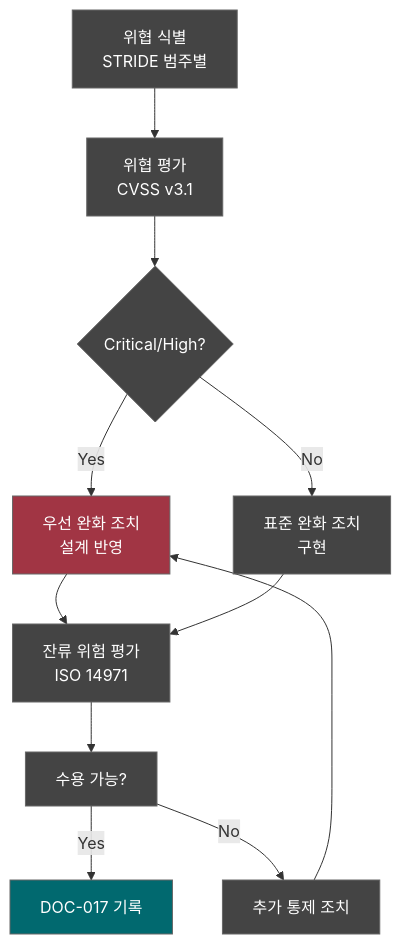
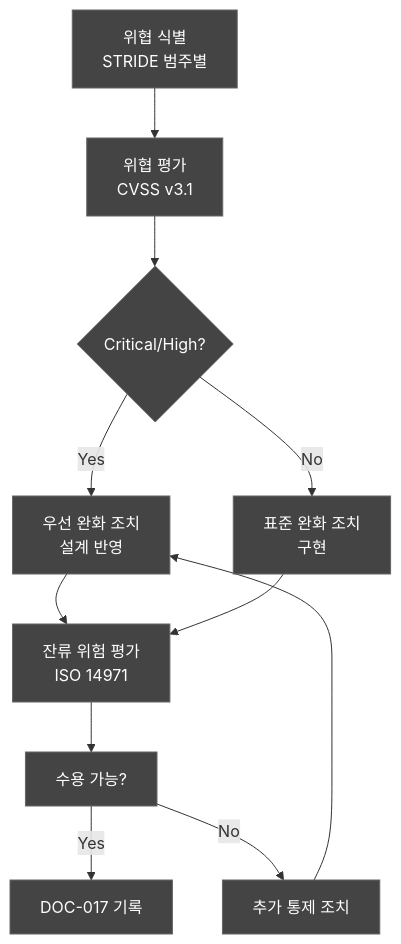
One commit to holee9/console-gui changed the second of 3 diagrams in docs/regulatory/DOC-036_510k_eSTAR_v2.0.md. Above: the diagram before and after it, drawn with Mermaid. The commit also changed other lines of this file and 35 other files, not shown here.

First line of the commit message:
fix: 전체 Mermaid 차트 색상 진한 회색 통일

````diff
--- a/docs/regulatory/DOC-036_510k_eSTAR_v2.0.md
+++ b/docs/regulatory/DOC-036_510k_eSTAR_v2.0.md
@@ -130,17 +130,17 @@
 ```mermaid
 flowchart TD
     A[위협 식별<br/>STRIDE 범주별] --> B[위협 평가<br/>CVSS v3.1]
     B --> C{Critical/High?}
     C -->|Yes| D[우선 완화 조치<br/>설계 반영]
     C -->|No| E[표준 완화 조치<br/>구현]
     D --> F[잔류 위험 평가<br/>ISO 14971]
     E --> F
     F --> G[수용 가능?]
     G -->|Yes| H[DOC-017 기록]
     G -->|No| I[추가 통제 조치]
     I --> D
 
     classDef default fill:#444,stroke:#666,color:#fff
-    style D fill:#A13544,color:#fff
-    style H fill:#01696F,color:#fff
+    style D fill:#444,color:#fff
+    style H fill:#444,color:#fff
 ```
````
